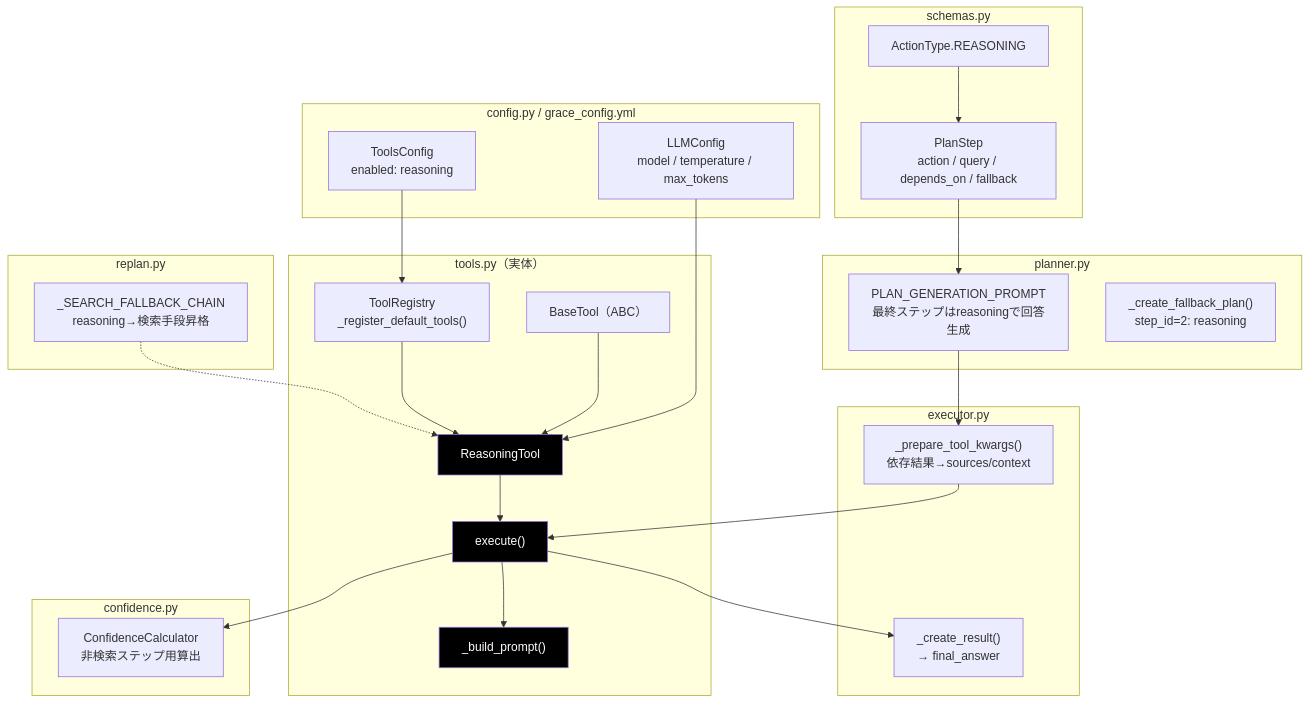
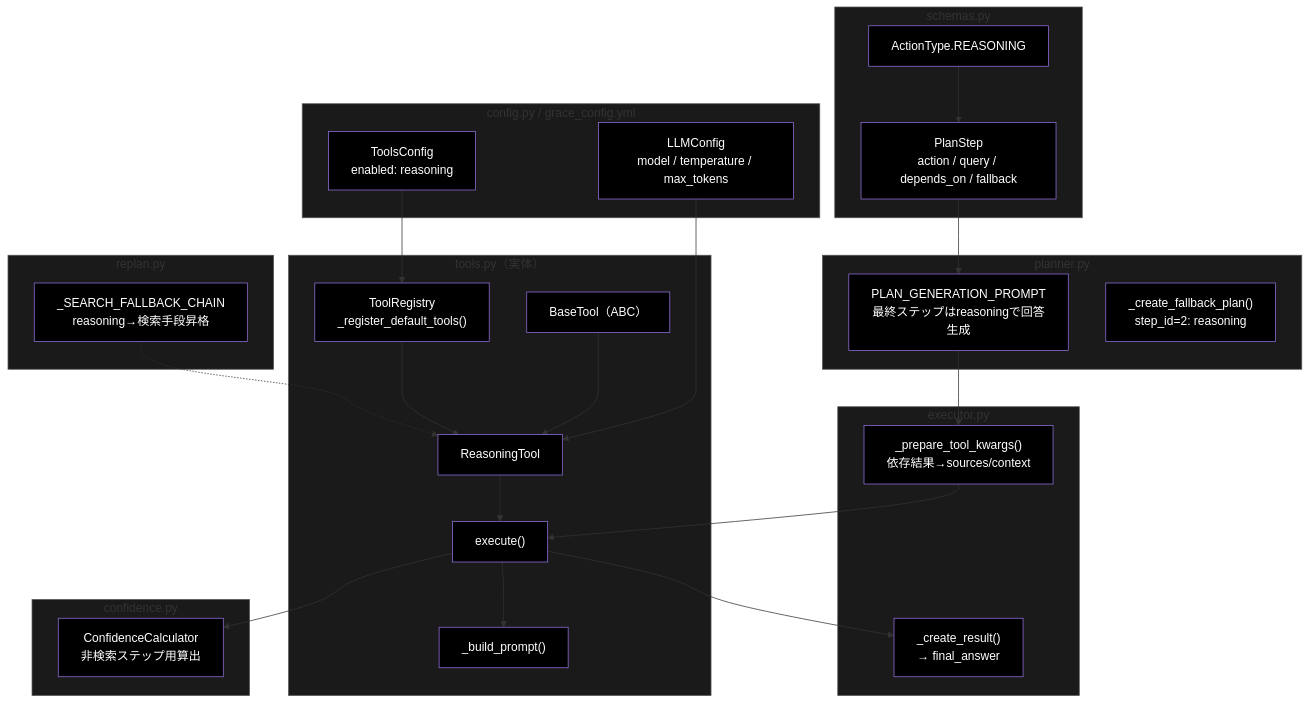
One commit to nakashima2toshio/anthropic_grace_agent changed the third of 6 diagrams in grace/doc/reasoning.md. Above: the diagram before and after it, drawn with Mermaid. The commit also changed other lines of this file and 18 other files, not shown here.

````diff
--- a/grace/doc/reasoning.md
+++ b/grace/doc/reasoning.md
@@ -140,56 +164,75 @@
 ```mermaid
 flowchart TB
     subgraph SCHEMAS["schemas.py"]
         AT["ActionType.REASONING"]
         PS["PlanStep<br>action / query / depends_on / fallback"]
     end
 
     subgraph CONFIG_MOD["config.py / grace_config.yml"]
         LLM_CFG["LLMConfig<br>model / temperature / max_tokens"]
         TOOLS_CFG["ToolsConfig<br>enabled: reasoning"]
     end
 
     subgraph PLANNER_MOD["planner.py"]
         PROMPT["PLAN_GENERATION_PROMPT<br>最終ステップはreasoningで回答生成"]
         FALLBACK_PLAN["_create_fallback_plan()<br>step_id=2: reasoning"]
     end
 
     subgraph TOOLS_MOD["tools.py（実体）"]
         BASE["BaseTool（ABC）"]
         RT["ReasoningTool"]
         EXEC_M["execute()"]
         BUILD_M["_build_prompt()"]
         REG["ToolRegistry<br>_register_default_tools()"]
     end
 
     subgraph EXECUTOR_MOD["executor.py"]
         PREP_M["_prepare_tool_kwargs()<br>依存結果→sources/context"]
         CREATE_R["_create_result()<br>→ final_answer"]
     end
 
     subgraph CONFIDENCE_MOD["confidence.py"]
         CALC["ConfidenceCalculator<br>非検索ステップ用算出"]
     end
 
     subgraph REPLAN_MOD["replan.py"]
         CHAIN["_SEARCH_FALLBACK_CHAIN<br>reasoning→検索手段昇格"]
     end
 
     AT --> PS
     PS --> PROMPT
     TOOLS_CFG --> REG
     LLM_CFG --> RT
     BASE --> RT
     RT --> EXEC_M
     EXEC_M --> BUILD_M
     REG --> RT
     PROMPT --> PREP_M
     PREP_M --> EXEC_M
     EXEC_M --> CREATE_R
     EXEC_M --> CALC
     CHAIN -.-> RT
 
+    style AT fill:#000,color:#fff
+    style PS fill:#000,color:#fff
+    style LLM_CFG fill:#000,color:#fff
+    style TOOLS_CFG fill:#000,color:#fff
+    style PROMPT fill:#000,color:#fff
+    style FALLBACK_PLAN fill:#000,color:#fff
+    style BASE fill:#000,color:#fff
     style RT fill:#000,color:#fff
     style EXEC_M fill:#000,color:#fff
     style BUILD_M fill:#000,color:#fff
+    style REG fill:#000,color:#fff
+    style PREP_M fill:#000,color:#fff
+    style CREATE_R fill:#000,color:#fff
+    style CALC fill:#000,color:#fff
+    style CHAIN fill:#000,color:#fff
+    style SCHEMAS fill:#1a1a1a,stroke:#555
+    style CONFIG_MOD fill:#1a1a1a,stroke:#555
+    style PLANNER_MOD fill:#1a1a1a,stroke:#555
+    style TOOLS_MOD fill:#1a1a1a,stroke:#555
+    style EXECUTOR_MOD fill:#1a1a1a,stroke:#555
+    style CONFIDENCE_MOD fill:#1a1a1a,stroke:#555
+    style REPLAN_MOD fill:#1a1a1a,stroke:#555
 ```
````
